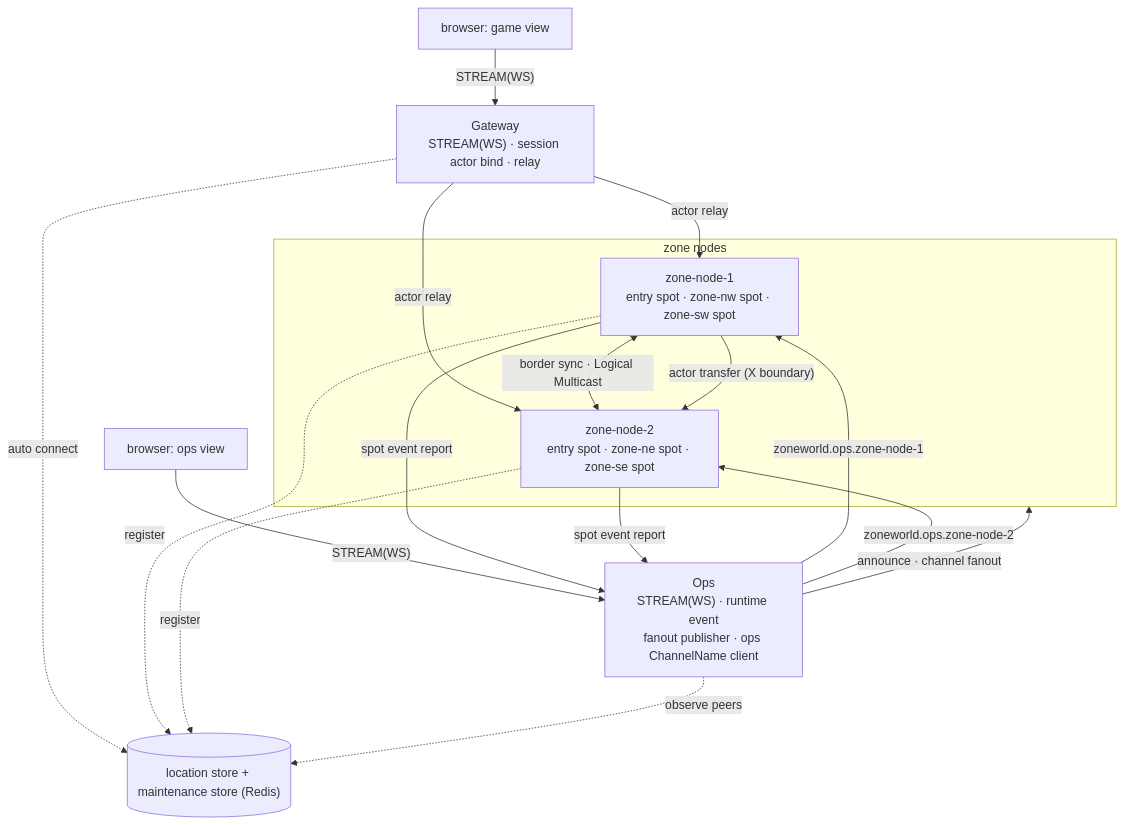
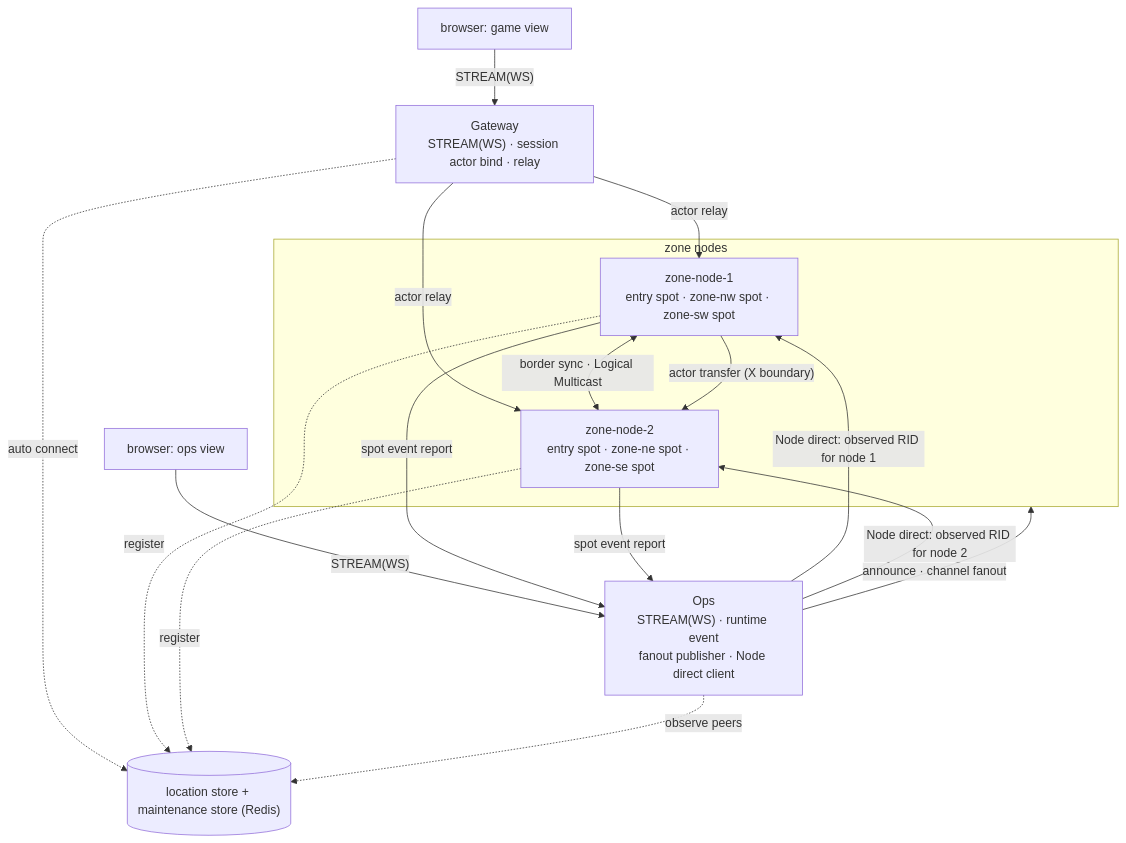
Before and after one commit to kairos-code-dev/zlink: the first of 3 diagrams in framework/doc/framework/common/sample/zoneworld/README.ko.md, drawn with Mermaid. The commit also changed other lines of this file and 2385 other files, not shown here.

````diff
--- a/framework/doc/framework/common/sample/zoneworld/README.ko.md
+++ b/framework/doc/framework/common/sample/zoneworld/README.ko.md
@@ -288,28 +292,28 @@
 ```mermaid
 graph TD
     B1["browser: game view"]
     B2["browser: ops view"]
     GW["Gateway<br/>STREAM(WS) · session actor bind · relay"]
-    OPS["Ops<br/>STREAM(WS) · runtime event<br/>fanout publisher · ops ChannelName client"]
+    OPS["Ops<br/>STREAM(WS) · runtime event<br/>fanout publisher · Node direct client"]
     subgraph ZN["zone nodes"]
       Z1["zone-node-1<br/>entry spot · zone-nw spot · zone-sw spot"]
       Z2["zone-node-2<br/>entry spot · zone-ne spot · zone-se spot"]
     end
     LS[("location store + maintenance store (Redis)")]
 
     B1 -->|"STREAM(WS)"| GW
     B2 -->|"STREAM(WS)"| OPS
     GW -->|"actor relay"| Z1
     GW -->|"actor relay"| Z2
     Z1 <-->|"border sync · Logical Multicast"| Z2
     Z1 -->|"actor transfer (X boundary)"| Z2
     OPS -->|"announce · channel fanout"| ZN
-    OPS -->|"zoneworld.ops.zone-node-1"| Z1
-    OPS -->|"zoneworld.ops.zone-node-2"| Z2
+    OPS -->|"Node direct: observed RID for node 1"| Z1
+    OPS -->|"Node direct: observed RID for node 2"| Z2
     Z1 -->|"spot event report"| OPS
     Z2 -->|"spot event report"| OPS
     GW -. auto connect .-> LS
     Z1 -. register .-> LS
     Z2 -. register .-> LS
     OPS -. observe peers .-> LS
 ```
````
